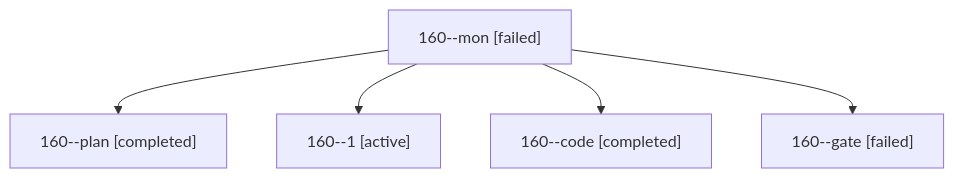
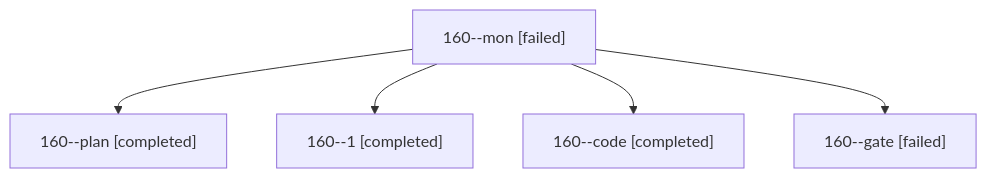
One commit to sase-org/sase--agents changed the diagram in sessions/bbugyi200.athena.160.md. Above: the diagram before and after it, drawn with Mermaid. The commit also changed other lines of this file and 73 other files, not shown here.

````diff
--- a/sessions/bbugyi200.athena.160.md
+++ b/sessions/bbugyi200.athena.160.md
@@ -9,12 +9,12 @@
 ```mermaid
 flowchart TD
   n0["160--mon [failed]"]
   n1["160--plan [completed]"]
   n0 --> n1
-  n2["160--1 [active]"]
+  n2["160--1 [completed]"]
   n0 --> n2
   n3["160--code [completed]"]
   n0 --> n3
   n4["160--gate [failed]"]
   n0 --> n4
 ```
````
